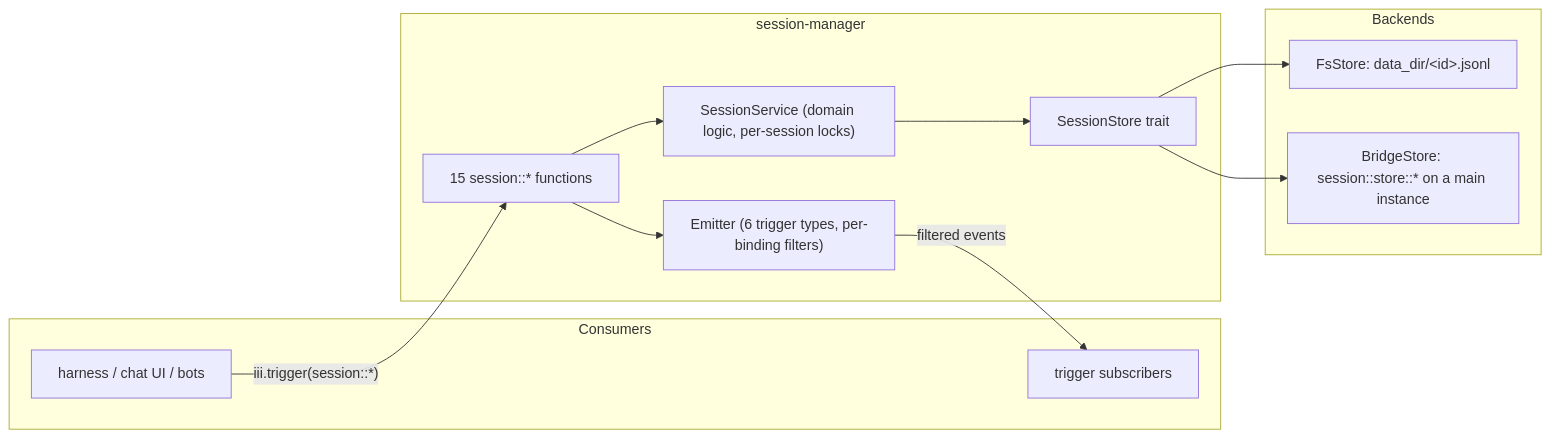
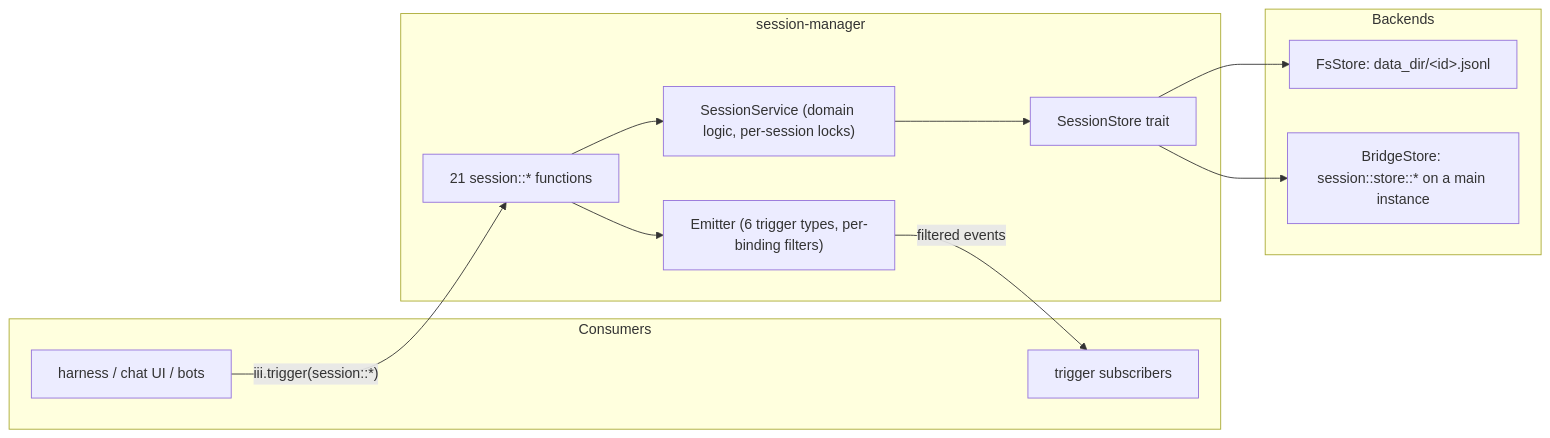
One commit to iii-hq/workers changed the diagram in session-manager/architecture/README.md. Above: the diagram before and after it, drawn with Mermaid. The commit also changed other lines of this file and 218 other files, not shown here.

````diff
--- a/session-manager/architecture/README.md
+++ b/session-manager/architecture/README.md
@@ -39,22 +39,22 @@
 ```mermaid
 flowchart LR
   subgraph consumers [Consumers]
     harness[harness / chat UI / bots]
     subs[trigger subscribers]
   end
   subgraph worker [session-manager]
-    fns["15 session::* functions"]
+    fns["21 session::* functions"]
     svc["SessionService (domain logic, per-session locks)"]
     emit["Emitter (6 trigger types, per-binding filters)"]
     storeTrait[SessionStore trait]
   end
   subgraph backends [Backends]
     fsStore["FsStore: data_dir/&lt;id&gt;.jsonl"]
     bridgeStore["BridgeStore: session::store::* on a main instance"]
   end
   harness -->|"iii.trigger(session::*)"| fns
   fns --> svc --> storeTrait
   storeTrait --> fsStore
   storeTrait --> bridgeStore
   fns --> emit -->|"filtered events"| subs
 ```
````
